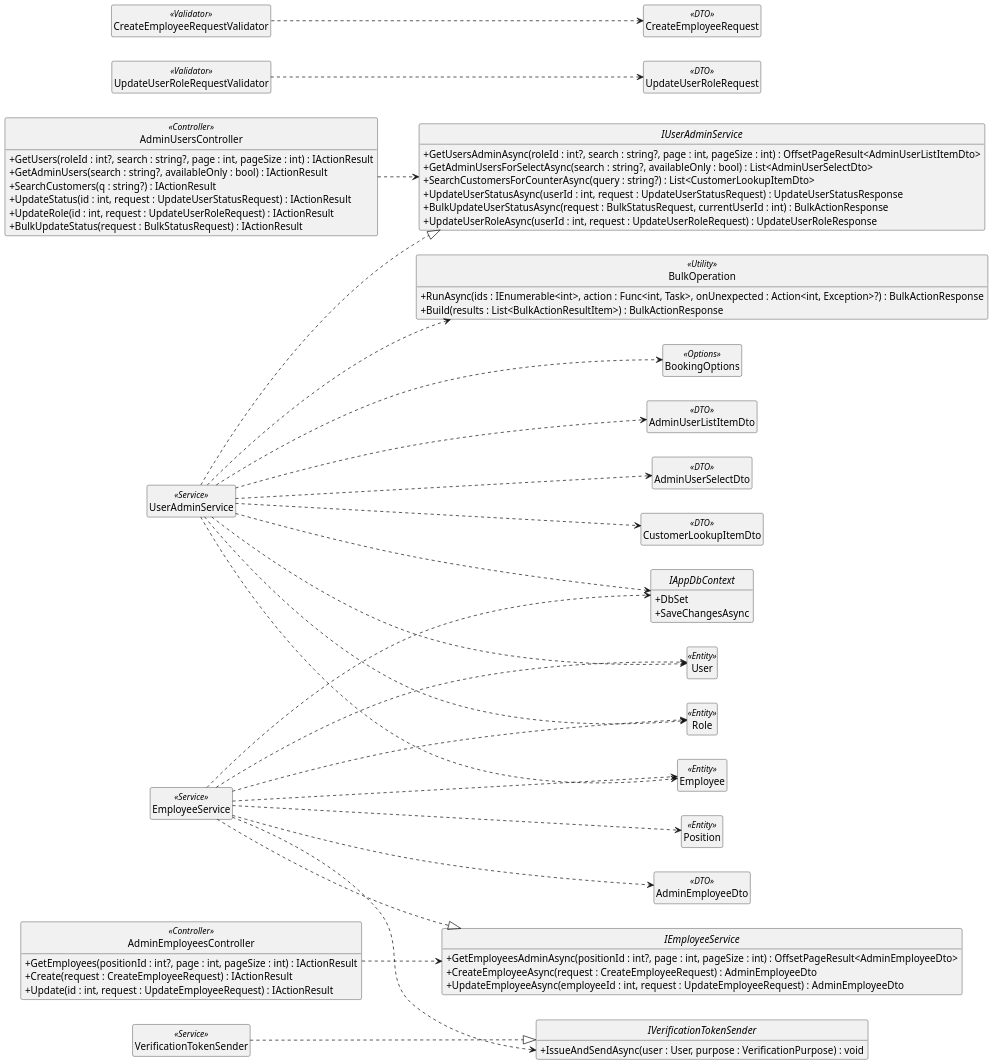
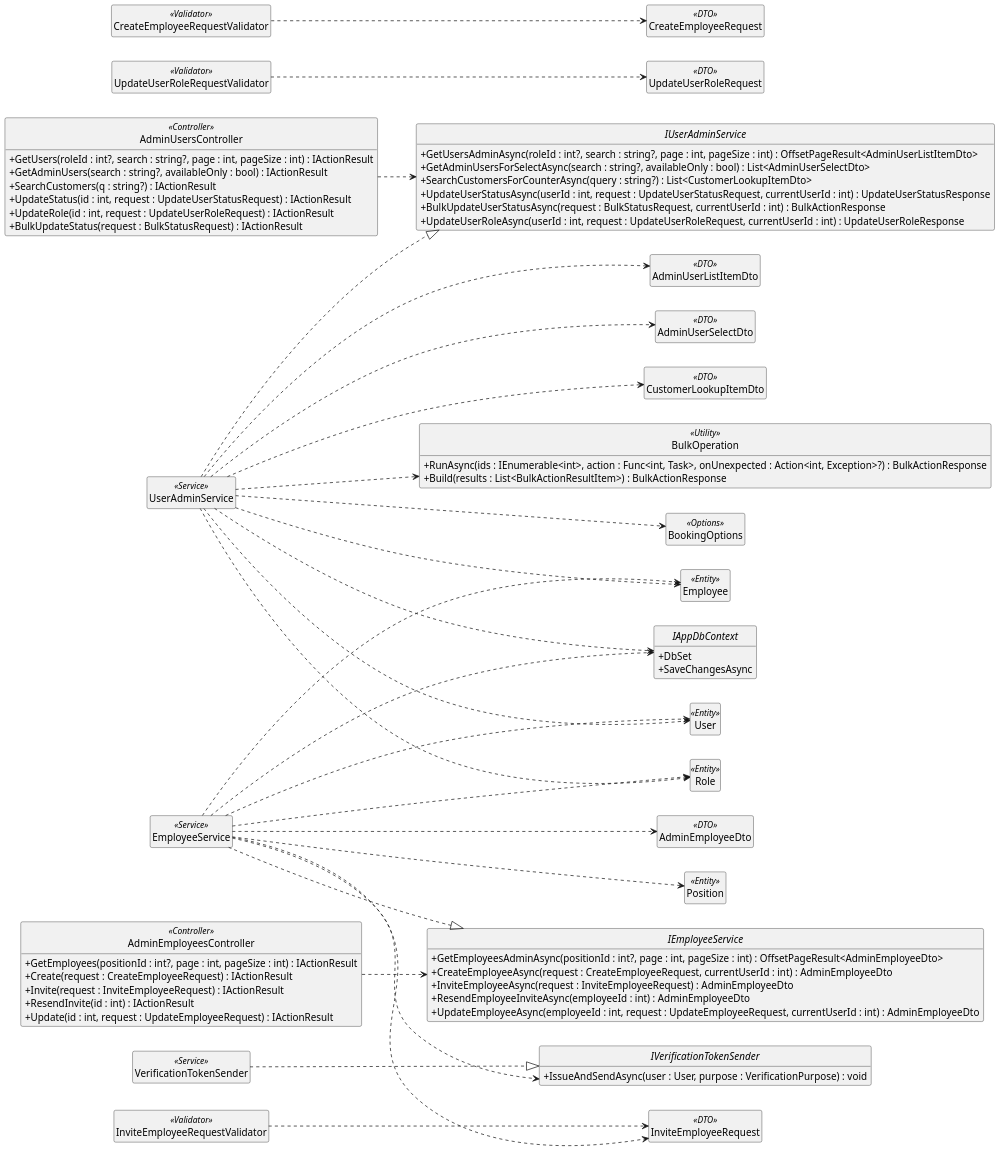
The diagram in docs/so-do/plantuml/hinh-4-19.puml (nguyenhiennnnn/cinema-v2), drawn with PlantUML before and after one commit. The commit also changed 24 other files, not shown here.

```diff
--- a/docs/so-do/plantuml/hinh-4-19.puml
+++ b/docs/so-do/plantuml/hinh-4-19.puml
@@ -1,88 +1,113 @@
 @startuml
 skinparam monochrome true
 skinparam shadowing false
 skinparam defaultFontName "Times New Roman"
 skinparam classAttributeIconSize 0
 skinparam dpi 150
 skinparam nodesep 35
 skinparam ranksep 55
 left to right direction
 hide circle
 hide empty members
+
 class AdminUsersController <<Controller>> {
   +GetUsers(roleId : int?, search : string?, page : int, pageSize : int) : IActionResult
   +GetAdminUsers(search : string?, availableOnly : bool) : IActionResult
   +SearchCustomers(q : string?) : IActionResult
   +UpdateStatus(id : int, request : UpdateUserStatusRequest) : IActionResult
   +UpdateRole(id : int, request : UpdateUserRoleRequest) : IActionResult
   +BulkUpdateStatus(request : BulkStatusRequest) : IActionResult
 }
+
 class AdminEmployeesController <<Controller>> {
   +GetEmployees(positionId : int?, page : int, pageSize : int) : IActionResult
   +Create(request : CreateEmployeeRequest) : IActionResult
+  +Invite(request : InviteEmployeeRequest) : IActionResult
+  +ResendInvite(id : int) : IActionResult
   +Update(id : int, request : UpdateEmployeeRequest) : IActionResult
 }
+
 interface IUserAdminService {
   +GetUsersAdminAsync(roleId : int?, search : string?, page : int, pageSize : int) : OffsetPageResult<AdminUserListItemDto>
   +GetAdminUsersForSelectAsync(search : string?, availableOnly : bool) : List<AdminUserSelectDto>
   +SearchCustomersForCounterAsync(query : string?) : List<CustomerLookupItemDto>
-  +UpdateUserStatusAsync(userId : int, request : UpdateUserStatusRequest) : UpdateUserStatusResponse
+  +UpdateUserStatusAsync(userId : int, request : UpdateUserStatusRequest, currentUserId : int) : UpdateUserStatusResponse
   +BulkUpdateUserStatusAsync(request : BulkStatusRequest, currentUserId : int) : BulkActionResponse
-  +UpdateUserRoleAsync(userId : int, request : UpdateUserRoleRequest) : UpdateUserRoleResponse
+  +UpdateUserRoleAsync(userId : int, request : UpdateUserRoleRequest, currentUserId : int) : UpdateUserRoleResponse
 }
+
 interface IEmployeeService {
   +GetEmployeesAdminAsync(positionId : int?, page : int, pageSize : int) : OffsetPageResult<AdminEmployeeDto>
-  +CreateEmployeeAsync(request : CreateEmployeeRequest) : AdminEmployeeDto
-  +UpdateEmployeeAsync(employeeId : int, request : UpdateEmployeeRequest) : AdminEmployeeDto
+  +CreateEmployeeAsync(request : CreateEmployeeRequest, currentUserId : int) : AdminEmployeeDto
+  +InviteEmployeeAsync(request : InviteEmployeeRequest) : AdminEmployeeDto
+  +ResendEmployeeInviteAsync(employeeId : int) : AdminEmployeeDto
+  +UpdateEmployeeAsync(employeeId : int, request : UpdateEmployeeRequest, currentUserId : int) : AdminEmployeeDto
 }
+
 interface IVerificationTokenSender {
   +IssueAndSendAsync(user : User, purpose : VerificationPurpose) : void
 }
+
 class UserAdminService <<Service>>
 class EmployeeService <<Service>>
 class VerificationTokenSender <<Service>>
+
 class BulkOperation <<Utility>> {
   +RunAsync(ids : IEnumerable<int>, action : Func<int, Task>, onUnexpected : Action<int, Exception>?) : BulkActionResponse
   +Build(results : List<BulkActionResultItem>) : BulkActionResponse
 }
+
 class BookingOptions <<Options>>
 class UpdateUserRoleRequestValidator <<Validator>>
 class CreateEmployeeRequestValidator <<Validator>>
+class InviteEmployeeRequestValidator <<Validator>>
+
 interface IAppDbContext {
   +DbSet
   +SaveChangesAsync
 }
+
 class User <<Entity>>
 class Role <<Entity>>
 class Employee <<Entity>>
 class Position <<Entity>>
+
 class AdminUserListItemDto <<DTO>>
 class AdminUserSelectDto <<DTO>>
 class CustomerLookupItemDto <<DTO>>
 class UpdateUserRoleRequest <<DTO>>
 class CreateEmployeeRequest <<DTO>>
+class InviteEmployeeRequest <<DTO>>
 class AdminEmployeeDto <<DTO>>
+
 AdminUsersController ..> IUserAdminService
 AdminEmployeesController ..> IEmployeeService
+
 UserAdminService ..|> IUserAdminService
 EmployeeService ..|> IEmployeeService
 VerificationTokenSender ..|> IVerificationTokenSender
+
 EmployeeService ..> IVerificationTokenSender
 UserAdminService ..> BookingOptions
 UserAdminService ..> BulkOperation
 UserAdminService ..> User
 UserAdminService ..> Role
 UserAdminService ..> Employee
 UserAdminService ..> AdminUserListItemDto
 UserAdminService ..> AdminUserSelectDto
 UserAdminService ..> CustomerLookupItemDto
+
 EmployeeService ..> User
 EmployeeService ..> Role
 EmployeeService ..> Employee
 EmployeeService ..> Position
 EmployeeService ..> AdminEmployeeDto
+EmployeeService ..> InviteEmployeeRequest
+
 UpdateUserRoleRequestValidator ..> UpdateUserRoleRequest
 CreateEmployeeRequestValidator ..> CreateEmployeeRequest
+InviteEmployeeRequestValidator ..> InviteEmployeeRequest
+
 UserAdminService ..> IAppDbContext
 EmployeeService ..> IAppDbContext
 @enduml
```
